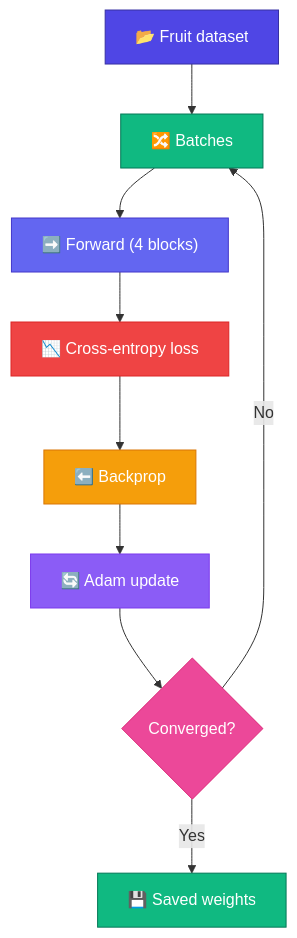
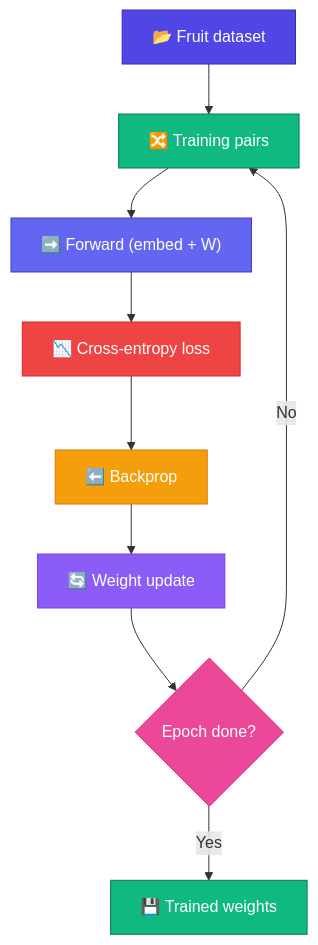
Before and after one commit to bhNibir/build-own-llm: the diagram in content/docs/part-09-mini-gpt/02-train.mdx, drawn with Mermaid. The commit also changed other lines of this file and 17 other files, not shown here.

````diff
--- a/content/docs/part-09-mini-gpt/02-train.mdx
+++ b/content/docs/part-09-mini-gpt/02-train.mdx
@@ -16,19 +16,19 @@
 ```mermaid
 flowchart TD
-    A["📂 Fruit dataset"]:::data --> B["🔀 Batches"]:::batch
-    B --> C["➡️ Forward (4 blocks)"]:::fwd
+    A["📂 Fruit dataset"]:::data --> B["🔀 Training pairs"]:::batch
+    B --> C["➡️ Forward (embed + W)"]:::fwd
     C --> D["📉 Cross-entropy loss"]:::loss
     D --> E["⬅️ Backprop"]:::bwd
-    E --> F["🔄 Adam update"]:::upd
-    F --> G{"Converged?"}:::check
+    E --> F["🔄 Weight update"]:::upd
+    F --> G{"Epoch done?"}:::check
     G -->|No| B
-    G -->|Yes| H["💾 Saved weights"]:::done
+    G -->|Yes| H["💾 Trained weights"]:::done
     classDef data fill:#4F46E5,color:#fff,stroke:#3730A3
     classDef batch fill:#10B981,color:#fff,stroke:#047857
     classDef fwd fill:#6366F1,color:#fff,stroke:#4338CA
     classDef loss fill:#EF4444,color:#fff,stroke:#DC2626
     classDef bwd fill:#F59E0B,color:#fff,stroke:#D97706
     classDef upd fill:#8B5CF6,color:#fff,stroke:#7C3AED
     classDef check fill:#EC4899,color:#fff,stroke:#DB2777
     classDef done fill:#10B981,color:#fff,stroke:#047857
 ```
````
